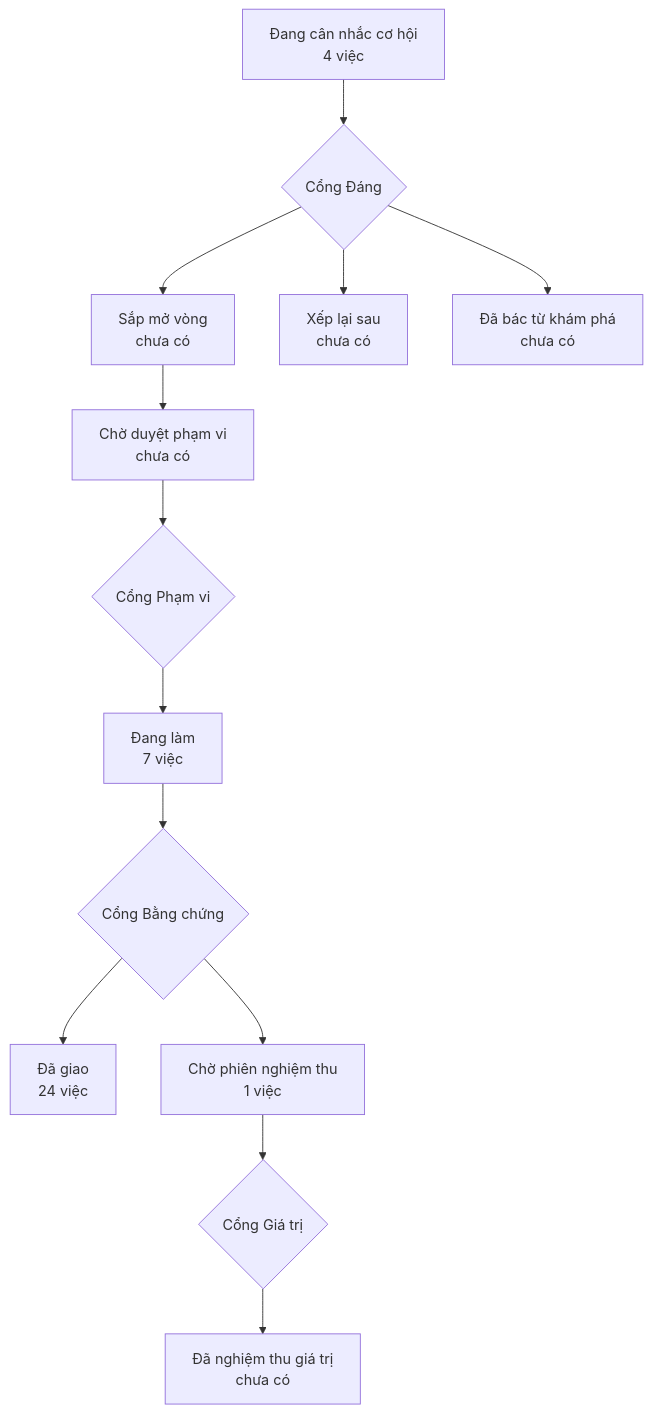
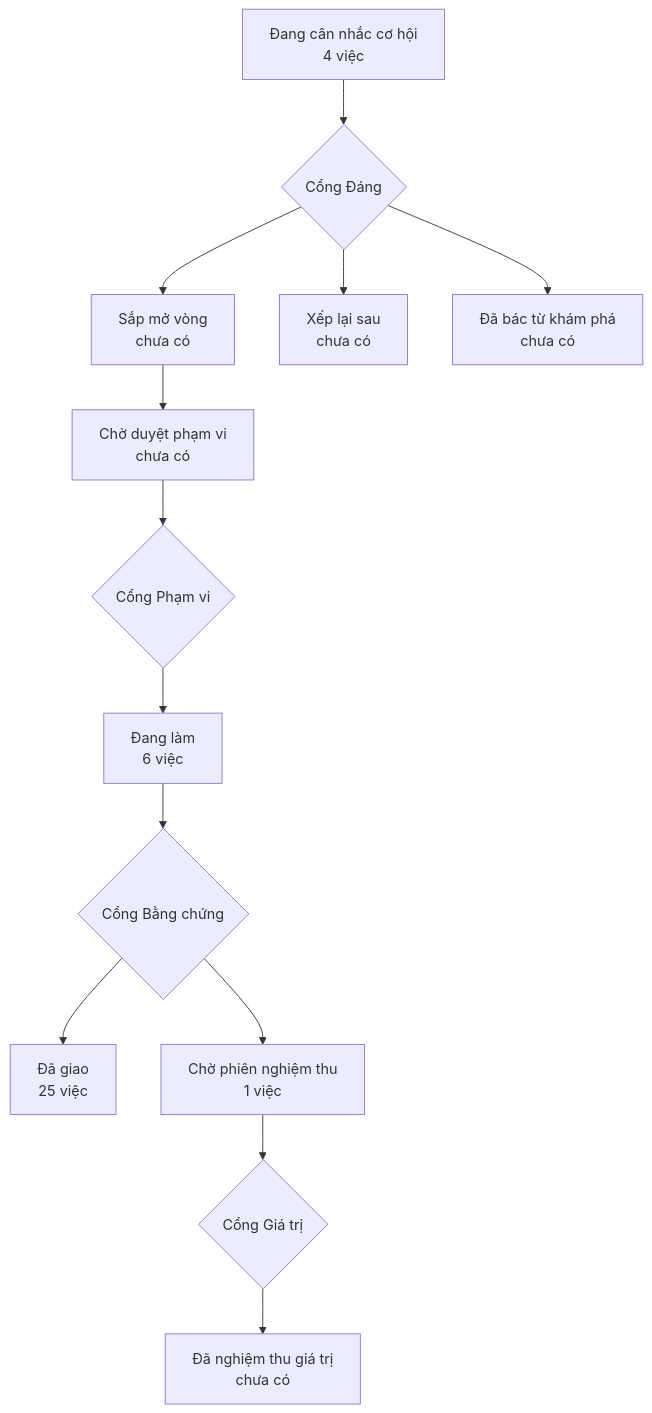
Before and after one commit to phanlemanh/crm-onehub: the diagram in PRODUCT-MAP.md, drawn with Mermaid. The commit also changed 4 other files, not shown here.

````diff
--- a/PRODUCT-MAP.md
+++ b/PRODUCT-MAP.md
@@ -6,12 +6,12 @@
 ```mermaid
 flowchart TD
   A["Đang cân nhắc cơ hội<br/>4 việc"] --> GD{"Cổng Đáng"}
   GD --> B["Sắp mở vòng<br/>chưa có"]
   GD --> XL["Xếp lại sau<br/>chưa có"]
   GD --> DB["Đã bác từ khám phá<br/>chưa có"]
   B --> CD["Chờ duyệt phạm vi<br/>chưa có"] --> GP{"Cổng Phạm vi"}
-  GP --> DL["Đang làm<br/>7 việc"] --> GB{"Cổng Bằng chứng"}
-  GB --> DG["Đã giao<br/>24 việc"]
+  GP --> DL["Đang làm<br/>6 việc"] --> GB{"Cổng Bằng chứng"}
+  GB --> DG["Đã giao<br/>25 việc"]
   GB --> CN["Chờ phiên nghiệm thu<br/>1 việc"] --> GG{"Cổng Giá trị"}
   GG --> NT["Đã nghiệm thu giá trị<br/>chưa có"]
 ```
````
